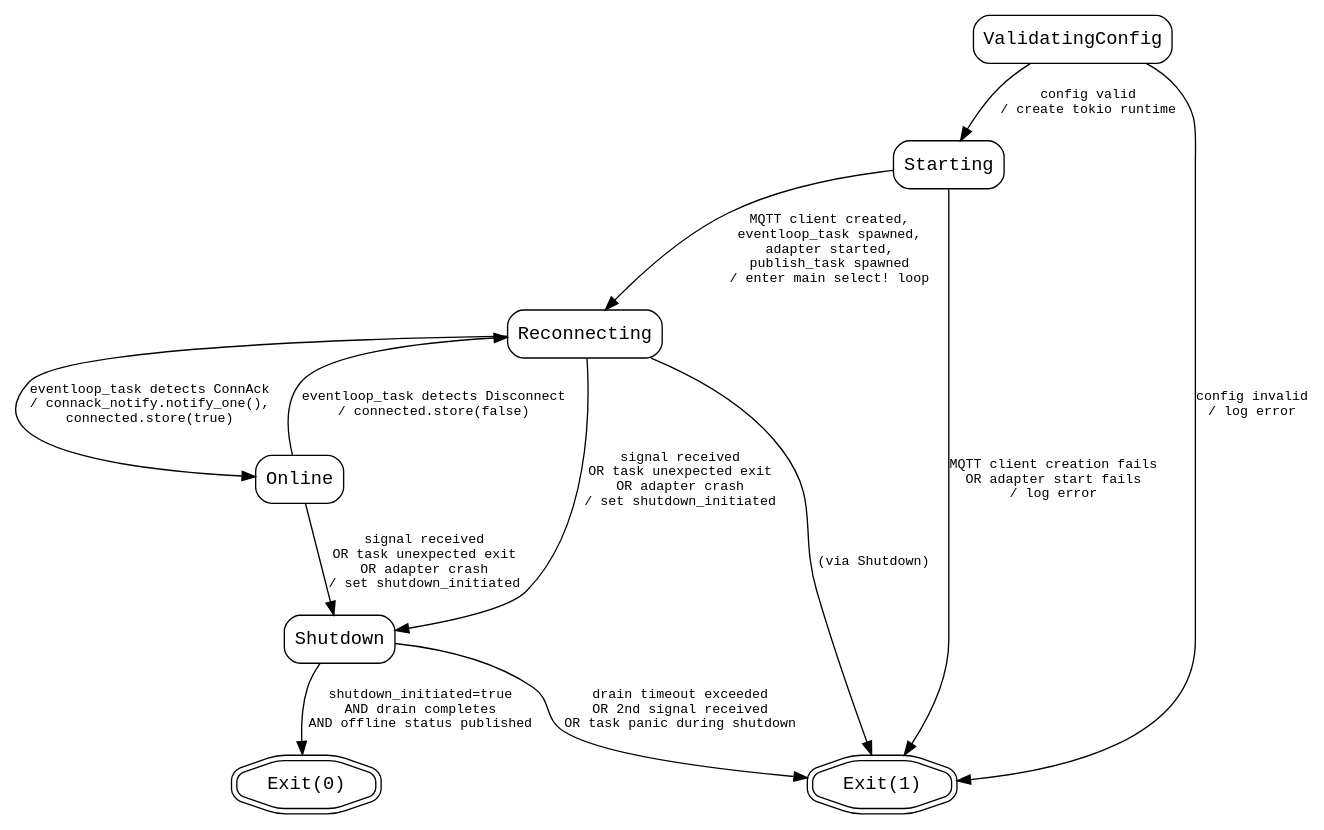
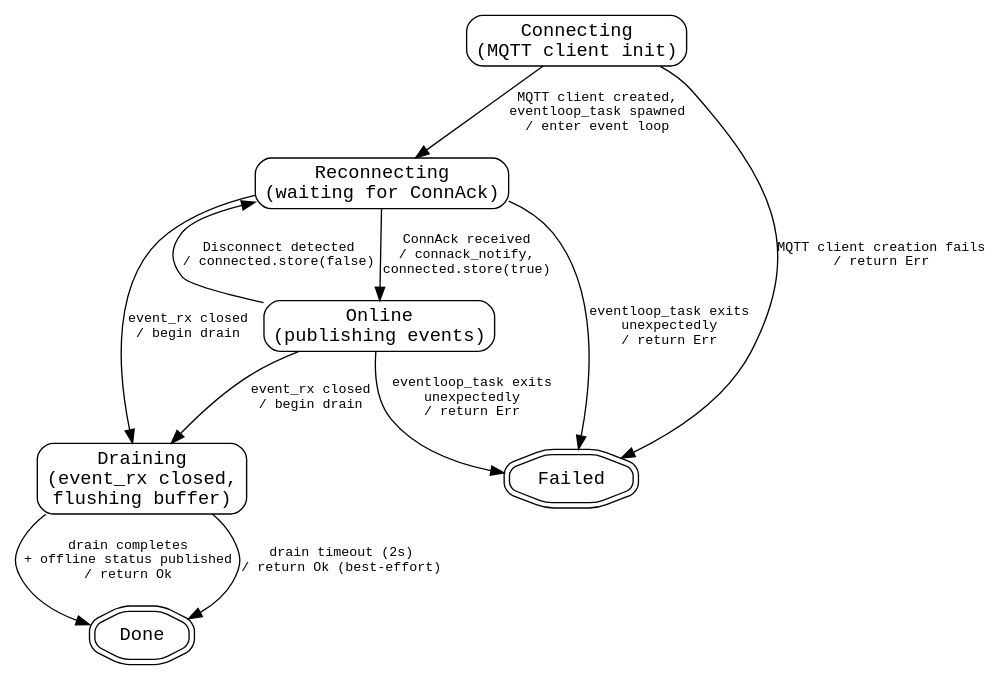
One commit to w-pinkietech/iotkit changed the first of 4 diagrams in docs/superpowers/specs/2026-03-29-phase1a-adapter-standalone-design.md. Above: the diagram before and after it, drawn with Graphviz. The commit also changed other lines of this file, not shown here.

````diff
--- a/docs/superpowers/specs/2026-03-29-phase1a-adapter-standalone-design.md
+++ b/docs/superpowers/specs/2026-03-29-phase1a-adapter-standalone-design.md
@@ -598,31 +608,28 @@
 ```dot
 digraph runner_states {
     rankdir=TB;
     node [shape=box, style=rounded, fontname="monospace"];
     edge [fontname="monospace", fontsize=10];
 
-    ValidatingConfig [label="ValidatingConfig"];
-    Starting [label="Starting"];
-    Reconnecting [label="Reconnecting"];
-    Online [label="Online"];
-    Shutdown [label="Shutdown"];
-    ExitSuccess [label="Exit(0)", shape=doubleoctagon];
-    ExitFailure [label="Exit(1)", shape=doubleoctagon];
+    Connecting [label="Connecting\n(MQTT client init)"];
+    Reconnecting [label="Reconnecting\n(waiting for ConnAck)"];
+    Online [label="Online\n(publishing events)"];
+    Draining [label="Draining\n(event_rx closed,\nflushing buffer)"];
+    Done [label="Done", shape=doubleoctagon];
+    Failed [label="Failed", shape=doubleoctagon];
 
-    ValidatingConfig -> Starting [label="config valid\n/ create tokio runtime"];
-    ValidatingConfig -> ExitFailure [label="config invalid\n/ log error"];
+    Connecting -> Reconnecting [label="MQTT client created,\neventloop_task spawned\n/ enter event loop"];
+    Connecting -> Failed [label="MQTT client creation fails\n/ return Err"];
 
-    Starting -> Reconnecting [label="MQTT client created,\neventloop_task spawned,\nadapter started,\npublish_task spawned\n/ enter main select! loop"];
-    Starting -> ExitFailure [label="MQTT client creation fails\nOR adapter start fails\n/ log error"];
+    Reconnecting -> Online [label="ConnAck received\n/ connack_notify,\nconnected.store(true)"];
+    Reconnecting -> Draining [label="event_rx closed\n/ begin drain"];
+    Reconnecting -> Failed [label="eventloop_task exits\nunexpectedly\n/ return Err"];
 
-    Reconnecting -> Online [label="eventloop_task detects ConnAck\n/ connack_notify.notify_one(),\nconnected.store(true)"];
-    Reconnecting -> Shutdown [label="signal received\nOR task unexpected exit\nOR adapter crash\n/ set shutdown_initiated"];
-    Reconnecting -> ExitFailure [label="(via Shutdown)"];
+    Online -> Reconnecting [label="Disconnect detected\n/ connected.store(false)"];
+    Online -> Draining [label="event_rx closed\n/ begin drain"];
+    Online -> Failed [label="eventloop_task exits\nunexpectedly\n/ return Err"];
 
-    Online -> Reconnecting [label="eventloop_task detects Disconnect\n/ connected.store(false)"];
-    Online -> Shutdown [label="signal received\nOR task unexpected exit\nOR adapter crash\n/ set shutdown_initiated"];
-
-    Shutdown -> ExitSuccess [label="shutdown_initiated=true\nAND drain completes\nAND offline status published"];
-    Shutdown -> ExitFailure [label="drain timeout exceeded\nOR 2nd signal received\nOR task panic during shutdown"];
+    Draining -> Done [label="drain completes\n+ offline status published\n/ return Ok"];
+    Draining -> Done [label="drain timeout (2s)\n/ return Ok (best-effort)"];
 }
 ```
````
